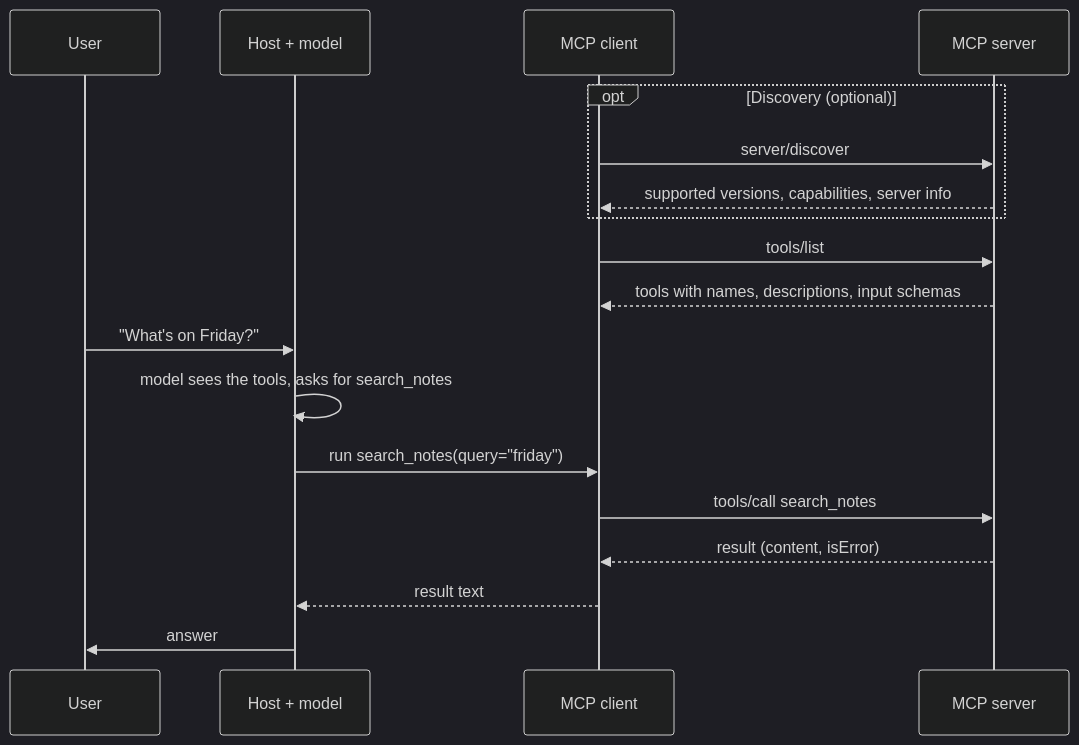
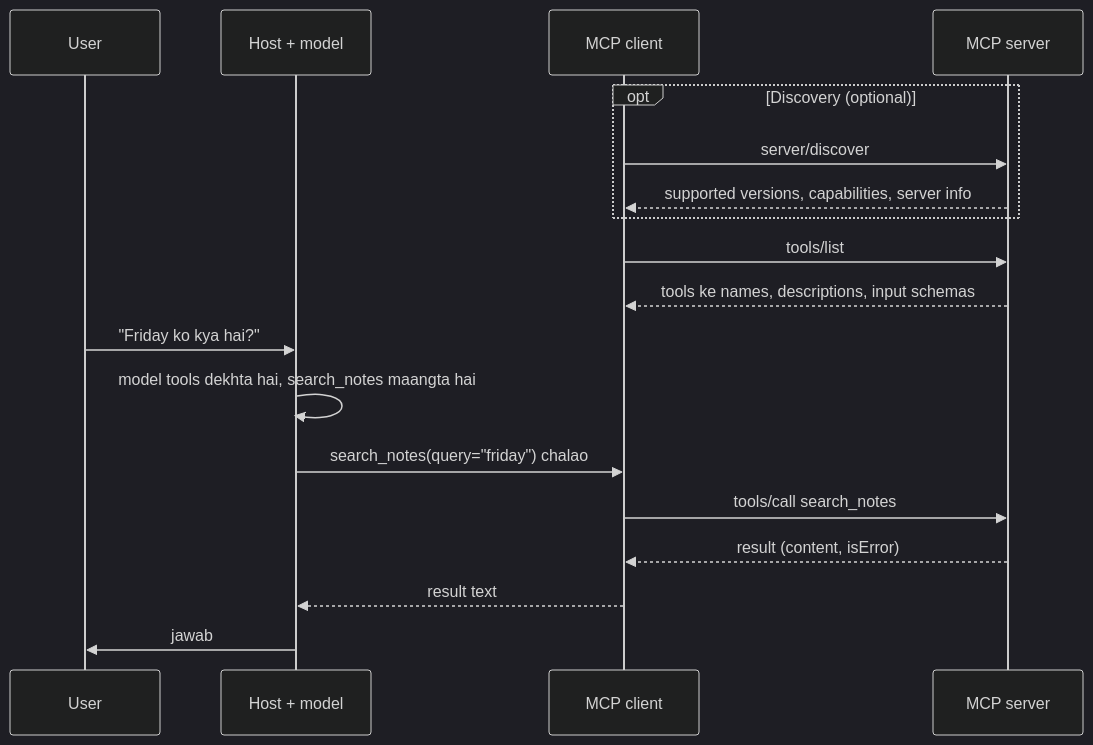
The second of 2 diagrams in docs/04-model-context-protocol/04.2-hosts-clients-and-servers.md (asmustechno/agentic-ai-notes), drawn with Mermaid (dark theme) before and after one commit. The commit also changed other lines of this file and 135 other files, not shown here.

````diff
--- a/docs/04-model-context-protocol/04.2-hosts-clients-and-servers.md
+++ b/docs/04-model-context-protocol/04.2-hosts-clients-and-servers.md
@@ -62,20 +62,20 @@
 ```mermaid
 sequenceDiagram
     participant U as User
     participant H as Host + model
     participant C as MCP client
     participant S as MCP server
     opt Discovery (optional)
         C->>S: server/discover
         S-->>C: supported versions, capabilities, server info
     end
     C->>S: tools/list
-    S-->>C: tools with names, descriptions, input schemas
-    U->>H: "What's on Friday?"
-    H->>H: model sees the tools, asks for search_notes
-    H->>C: run search_notes(query="friday")
+    S-->>C: tools ke names, descriptions, input schemas
+    U->>H: "Friday ko kya hai?"
+    H->>H: model tools dekhta hai, search_notes maangta hai
+    H->>C: search_notes(query="friday") chalao
     C->>S: tools/call search_notes
     S-->>C: result (content, isError)
     C-->>H: result text
-    H->>U: answer
+    H->>U: jawab
 ```
````
